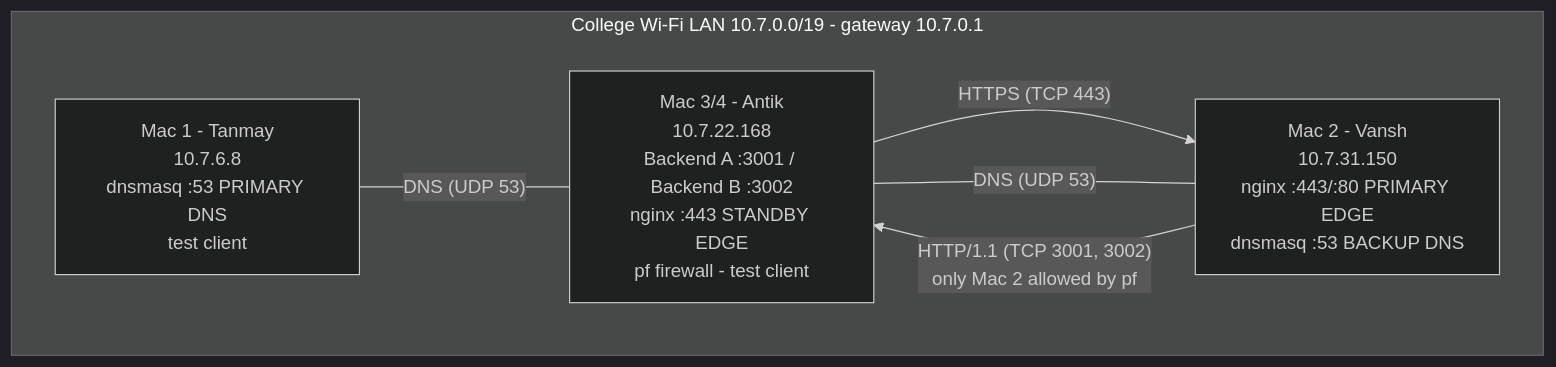
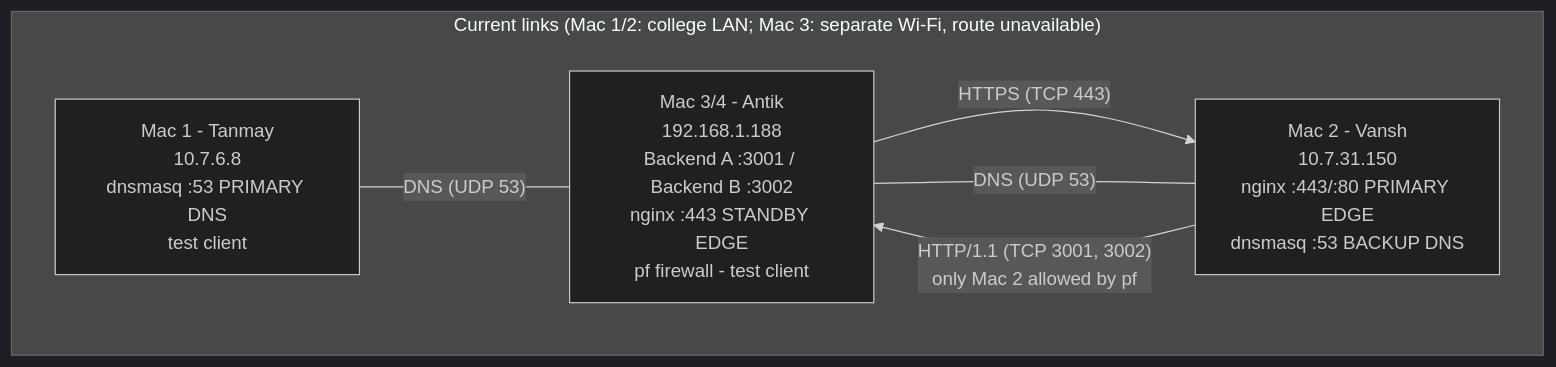
The first of 2 diagrams in docs/architecture.md (antik1108/Private-Network-Service-Platform-), drawn with Mermaid (dark theme) before and after one commit. The commit also changed other lines of this file and 12 other files, not shown here.

````diff
--- a/docs/architecture.md
+++ b/docs/architecture.md
@@ -17,12 +17,12 @@
 ```mermaid
 flowchart TB
-    subgraph LAN["College Wi-Fi LAN 10.7.0.0/19 - gateway 10.7.0.1"]
+    subgraph LAN["Current links (Mac 1/2: college LAN; Mac 3: separate Wi-Fi, route unavailable)"]
         M1["Mac 1 - Tanmay<br/>10.7.6.8<br/>dnsmasq :53 PRIMARY DNS<br/>test client"]
         M2["Mac 2 - Vansh<br/>10.7.31.150<br/>nginx :443/:80 PRIMARY EDGE<br/>dnsmasq :53 BACKUP DNS"]
-        M3["Mac 3/4 - Antik<br/>10.7.22.168<br/>Backend A :3001 / Backend B :3002<br/>nginx :443 STANDBY EDGE<br/>pf firewall - test client"]
+        M3["Mac 3/4 - Antik<br/>192.168.1.188<br/>Backend A :3001 / Backend B :3002<br/>nginx :443 STANDBY EDGE<br/>pf firewall - test client"]
     end
     M1 -- "DNS (UDP 53)" --- M3
     M2 -- "DNS (UDP 53)" --- M3
     M3 -- "HTTPS (TCP 443)" --> M2
     M2 -- "HTTP/1.1 (TCP 3001, 3002)<br/>only Mac 2 allowed by pf" --> M3
 ```
````
